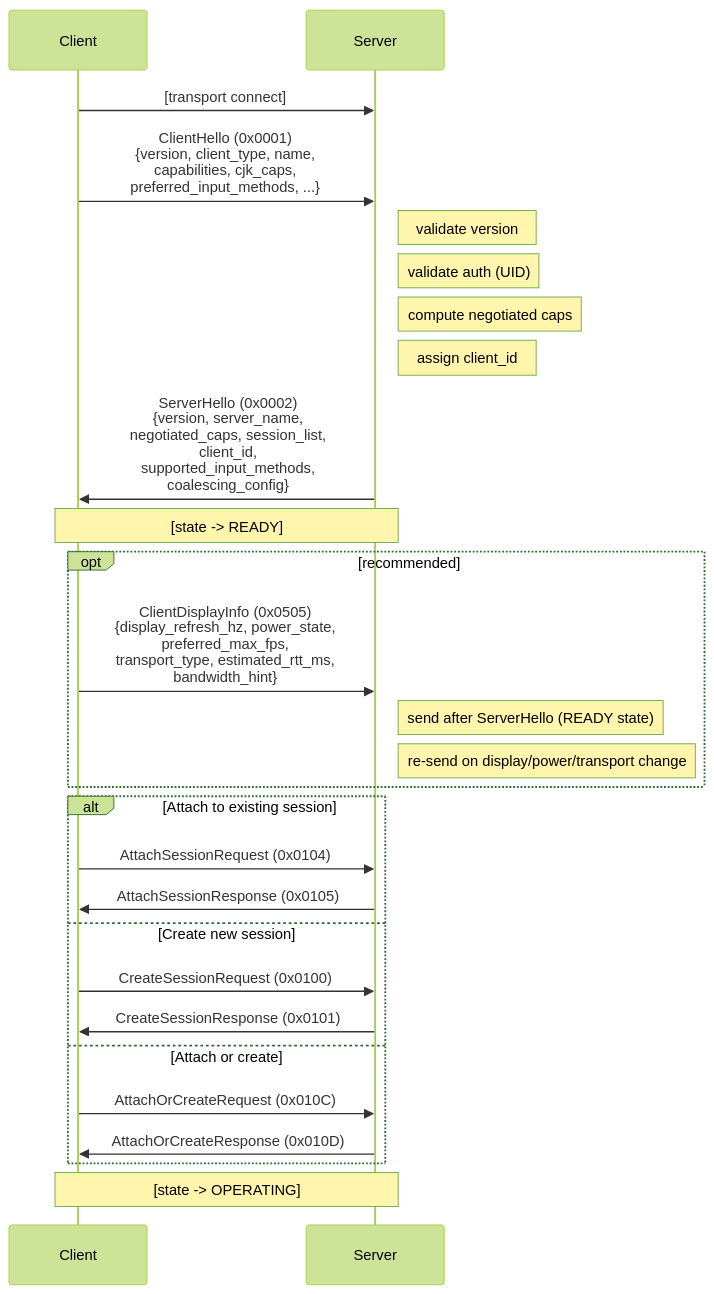
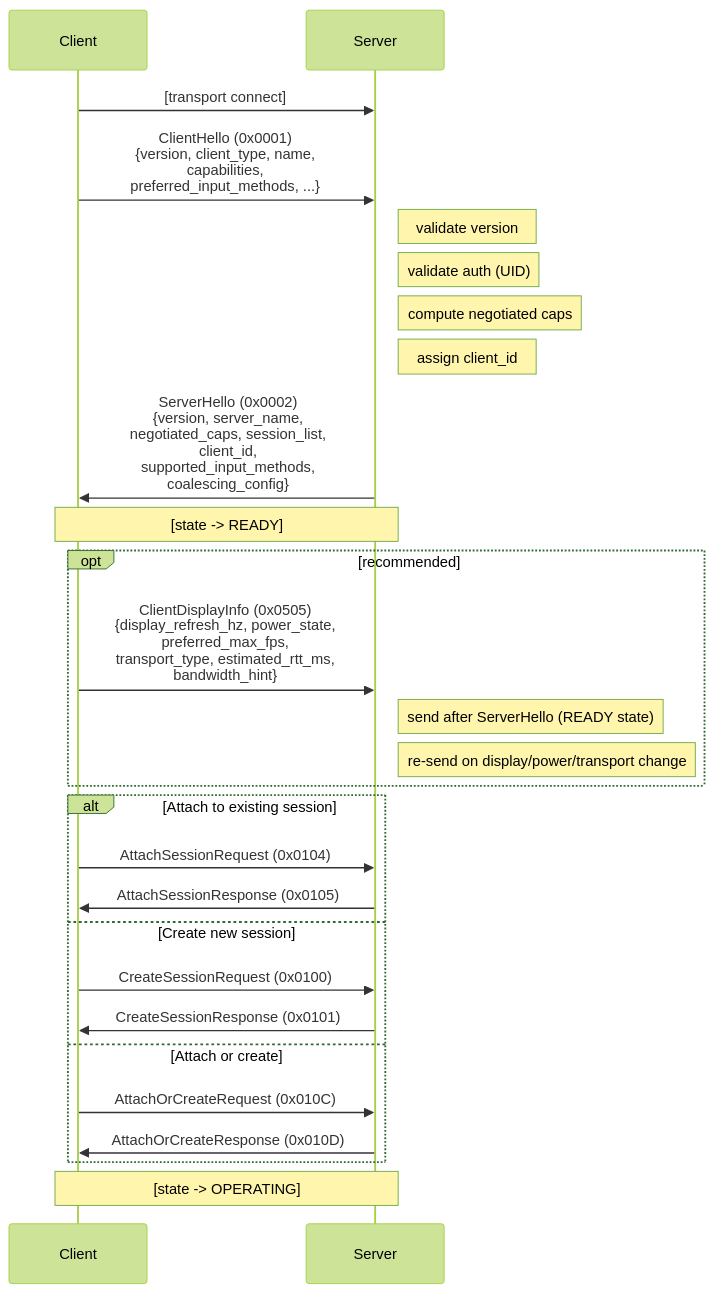
The first of 2 diagrams in docs/modules/libitshell3-protocol/02-design-docs/server-client-protocols/draft/v1.0-r12/02-handshake-capability-negotiation.md (powdream-org/it-shell3), drawn with Mermaid (forest theme) before and after one commit. The commit also changed other lines of this file, not shown here.

First line of the commit message:
docs(protocol): remove CJK capability flags from handshake spec

````diff
--- a/docs/modules/libitshell3-protocol/02-design-docs/server-client-protocols/draft/v1.0-r12/02-handshake-capability-negotiation.md
+++ b/docs/modules/libitshell3-protocol/02-design-docs/server-client-protocols/draft/v1.0-r12/02-handshake-capability-negotiation.md
@@ -23,36 +23,36 @@
 ```mermaid
 sequenceDiagram
     participant Client
     participant Server
 
     Client->>Server: [transport connect]
-    Client->>Server: ClientHello (0x0001)<br/>{version, client_type, name,<br/>capabilities, cjk_caps,<br/>preferred_input_methods, ...}
+    Client->>Server: ClientHello (0x0001)<br/>{version, client_type, name,<br/>capabilities,<br/>preferred_input_methods, ...}
 
     Note right of Server: validate version
     Note right of Server: validate auth (UID)
     Note right of Server: compute negotiated caps
     Note right of Server: assign client_id
 
     Server->>Client: ServerHello (0x0002)<br/>{version, server_name,<br/>negotiated_caps, session_list,<br/>client_id,<br/>supported_input_methods,<br/>coalescing_config}
 
     Note over Client,Server: [state -> READY]
 
     opt recommended
         Client->>Server: ClientDisplayInfo (0x0505)<br/>{display_refresh_hz, power_state,<br/>preferred_max_fps,<br/>transport_type, estimated_rtt_ms,<br/>bandwidth_hint}
         Note right of Server: send after ServerHello (READY state)
         Note right of Server: re-send on display/power/transport change
     end
 
     alt Attach to existing session
         Client->>Server: AttachSessionRequest (0x0104)
         Server->>Client: AttachSessionResponse (0x0105)
     else Create new session
         Client->>Server: CreateSessionRequest (0x0100)
         Server->>Client: CreateSessionResponse (0x0101)
     else Attach or create
         Client->>Server: AttachOrCreateRequest (0x010C)
         Server->>Client: AttachOrCreateResponse (0x010D)
     end
 
     Note over Client,Server: [state -> OPERATING]
 ```
````
